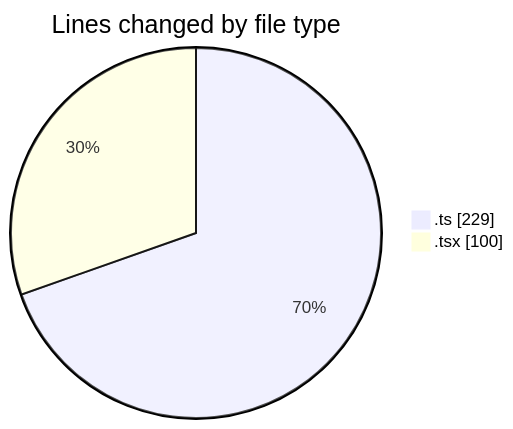
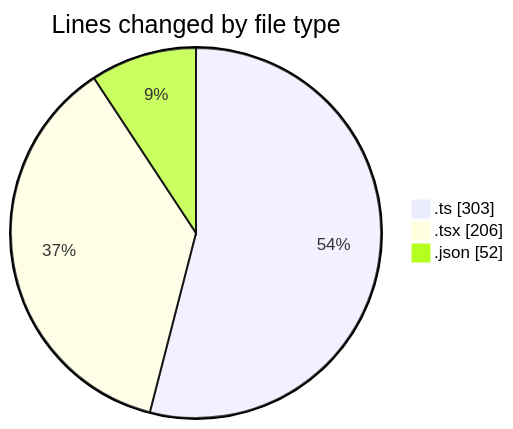
Before and after one commit to julien-gomy/code-tracking: the first of 2 diagrams in 2025-11-24/eventscop-frontend-guide__workspace_/README.md, drawn with Mermaid. The commit also changed other lines of this file and 1 other file, not shown here.

````diff
--- a/2025-11-24/eventscop-frontend-guide__workspace_/README.md
+++ b/2025-11-24/eventscop-frontend-guide__workspace_/README.md
@@ -25,6 +28,7 @@
 ```mermaid
 pie showData
 title Lines changed by file type
-".ts" : 229
-".tsx" : 100
+".ts" : 303
+".tsx" : 206
+".json" : 52
 ```
````
